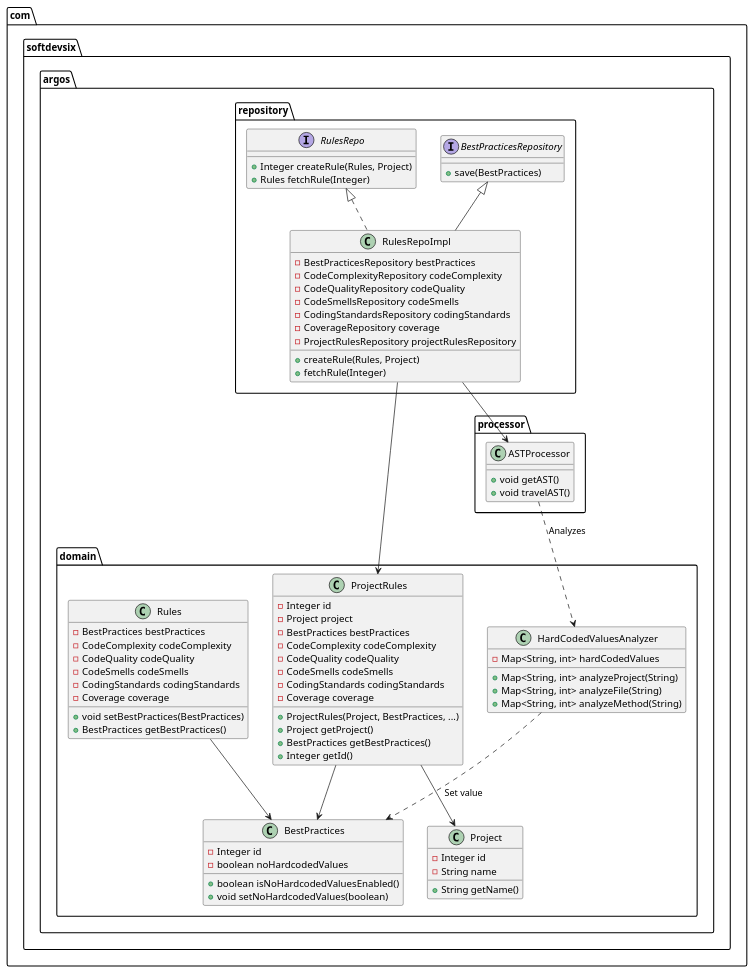
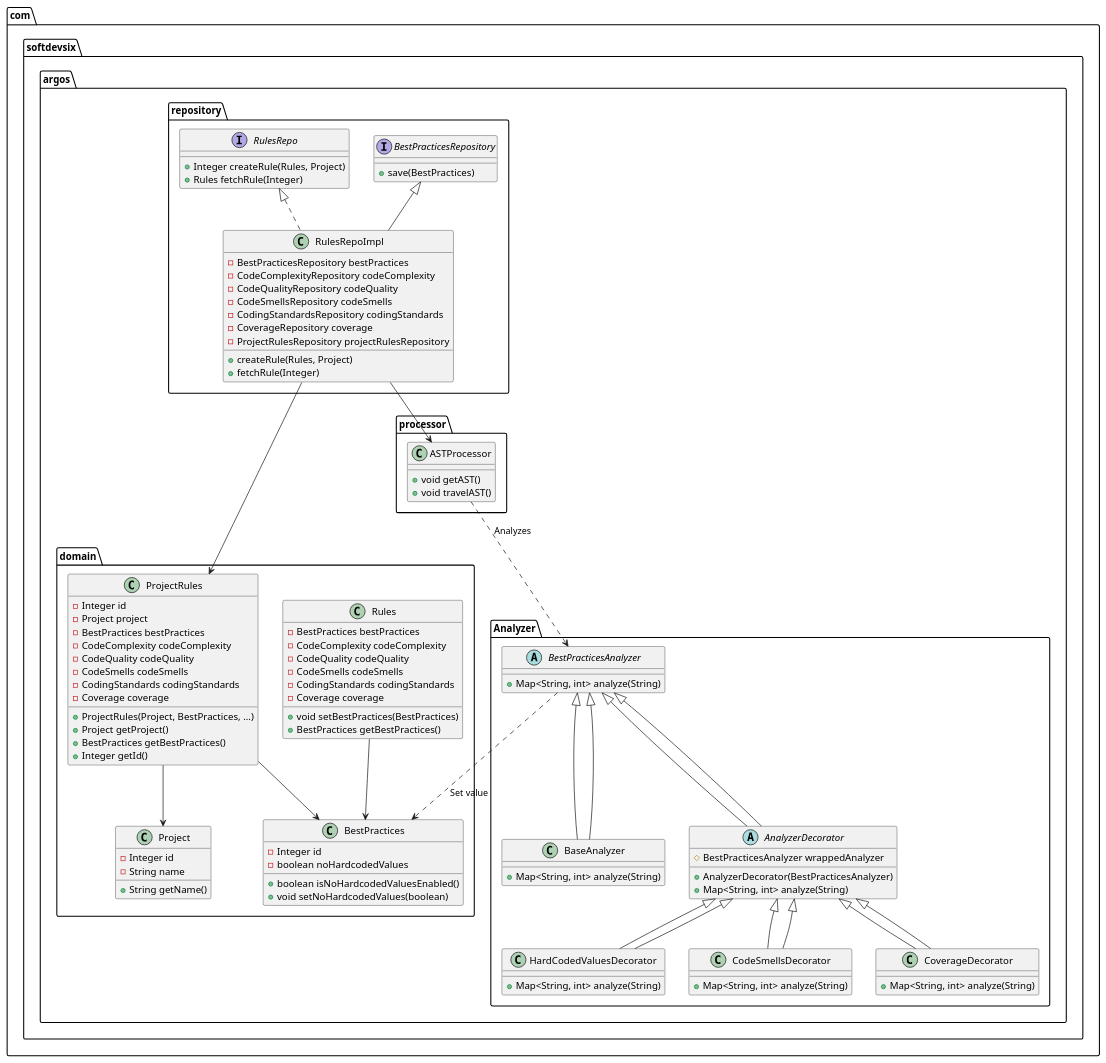
Before and after one commit to SoftDevSix/Argos: the diagram in src/main/resources/static-analysis/best-practices-analysis-diagram.puml, drawn with PlantUML. The commit also changed 2 other files, not shown here.

Commit message:
docs: best practices analysis diagram v2

```diff
--- a/src/main/resources/static-analysis/best-practices-analysis-diagram.puml
+++ b/src/main/resources/static-analysis/best-practices-analysis-diagram.puml
@@ -1,90 +1,118 @@
 @startuml
 package "com.softdevsix.argos.domain" {
-    class HardCodedValuesAnalyzer {
-        - Map<String, int> hardCodedValues
-        + Map<String, int> analyzeProject(String)
-        + Map<String, int> analyzeFile(String)
-        + Map<String, int> analyzeMethod(String)
-    }
 
     class BestPractices {
         - Integer id
         - boolean noHardcodedValues
         + boolean isNoHardcodedValuesEnabled()
         + void setNoHardcodedValues(boolean)
     }
 
     class ProjectRules {
         - Integer id
         - Project project
         - BestPractices bestPractices
         - CodeComplexity codeComplexity
         - CodeQuality codeQuality
         - CodeSmells codeSmells
         - CodingStandards codingStandards
         - Coverage coverage
         + ProjectRules(Project, BestPractices, ...)
         + Project getProject()
         + BestPractices getBestPractices()
         + Integer getId()
     }
 
     class Rules {
         - BestPractices bestPractices
         - CodeComplexity codeComplexity
         - CodeQuality codeQuality
         - CodeSmells codeSmells
         - CodingStandards codingStandards
         - Coverage coverage
         + void setBestPractices(BestPractices)
         + BestPractices getBestPractices()
     }
 
     class Project {
         - Integer id
         - String name
         + String getName()
     }
 }
 
 package "com.softdevsix.argos.repository" {
     interface BestPracticesRepository {
         + save(BestPractices)
     }
 
     interface RulesRepo {
         + Integer createRule(Rules, Project)
         + Rules fetchRule(Integer)
     }
 
     class RulesRepoImpl {
         - BestPracticesRepository bestPractices
         - CodeComplexityRepository codeComplexity
         - CodeQualityRepository codeQuality
         - CodeSmellsRepository codeSmells
         - CodingStandardsRepository codingStandards
         - CoverageRepository coverage
         - ProjectRulesRepository projectRulesRepository
         + createRule(Rules, Project)
         + fetchRule(Integer)
     }
 }
 
 package "com.softdevsix.argos.processor" {
     class ASTProcessor {
         + void getAST()
         + void travelAST()
     }
 }
 
+package "com.softdevsix.argos.Analyzer" {
+    abstract class BestPracticesAnalyzer {
+        + Map<String, int> analyze(String)
+    }
+
+    class BaseAnalyzer extends BestPracticesAnalyzer {
+        + Map<String, int> analyze(String)
+    }
+
+    abstract class AnalyzerDecorator extends BestPracticesAnalyzer {
+        # BestPracticesAnalyzer wrappedAnalyzer
+        + AnalyzerDecorator(BestPracticesAnalyzer)
+        + Map<String, int> analyze(String)
+    }
+
+    class HardCodedValuesDecorator extends AnalyzerDecorator {
+        + Map<String, int> analyze(String)
+    }
+
+    class CodeSmellsDecorator extends AnalyzerDecorator {
+        + Map<String, int> analyze(String)
+    }
+
+    class CoverageDecorator extends AnalyzerDecorator {
+        + Map<String, int> analyze(String)
+    }
+}
+
 ' Relationships
 BestPracticesRepository <|-- RulesRepoImpl
 RulesRepo <|.. RulesRepoImpl
 Rules --> BestPractices
 RulesRepoImpl --> ProjectRules
 RulesRepoImpl --> ASTProcessor
 ProjectRules --> BestPractices
 ProjectRules --> Project
-ASTProcessor ..> HardCodedValuesAnalyzer : "Analyzes"
-HardCodedValuesAnalyzer ..> BestPractices : "Set value"
+ASTProcessor ..> BestPracticesAnalyzer : "Analyzes"
+BestPracticesAnalyzer ..> BestPractices : "Set value"
+
+BestPracticesAnalyzer <|-- BaseAnalyzer
+BestPracticesAnalyzer <|-- AnalyzerDecorator
+AnalyzerDecorator <|-- HardCodedValuesDecorator
+AnalyzerDecorator <|-- CodeSmellsDecorator
+AnalyzerDecorator <|-- CoverageDecorator
 @enduml
```
